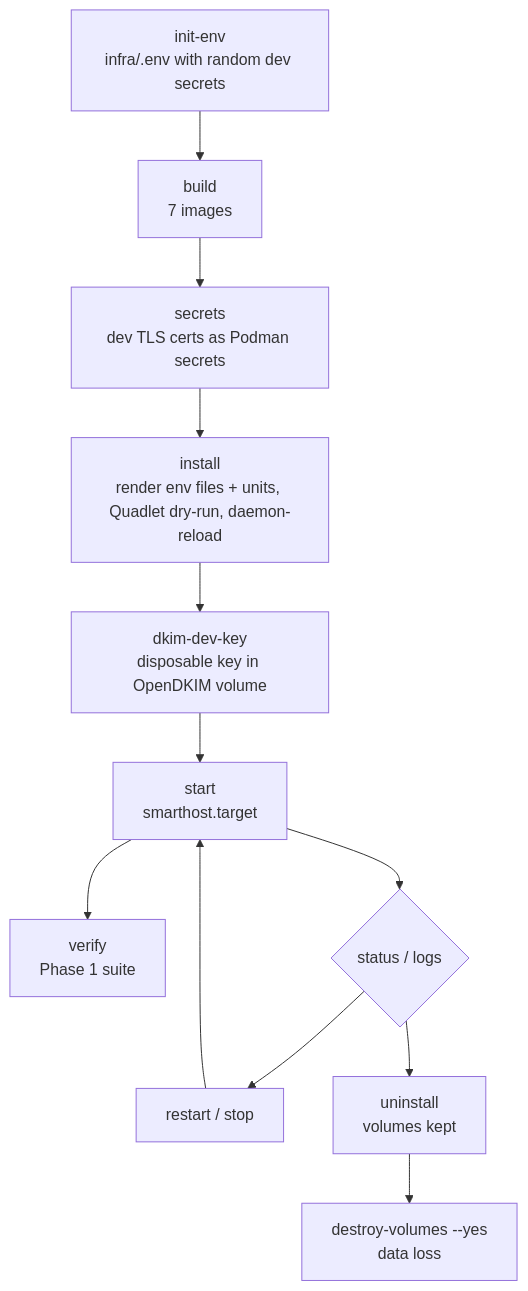
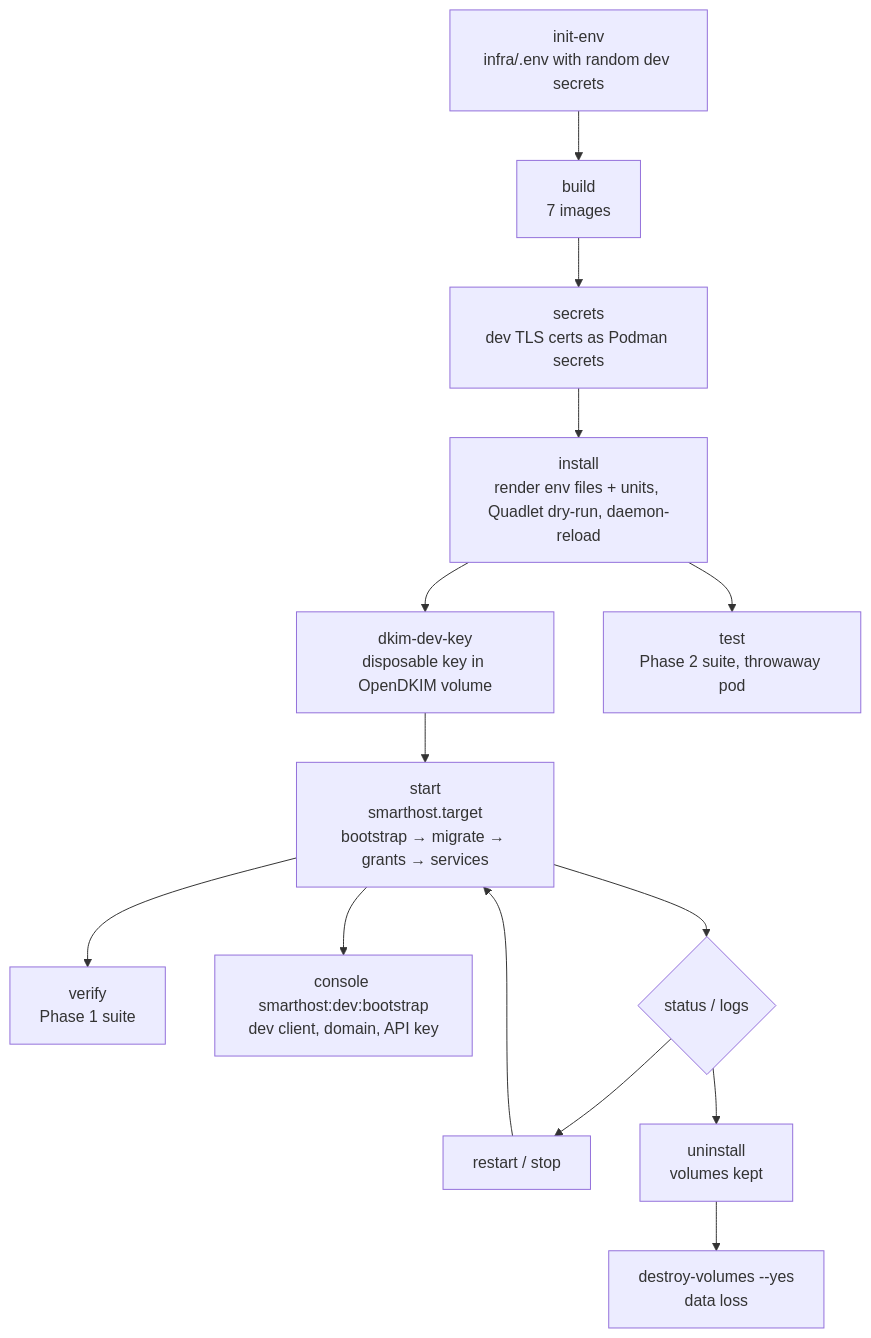
Before and after one commit to rrcatto/catto-mail: the diagram in docs/development-environment.md, drawn with Mermaid. The commit also changed other lines of this file and 221 other files, not shown here.

````diff
--- a/docs/development-environment.md
+++ b/docs/development-environment.md
@@ -29,14 +30,16 @@
 ```mermaid
 flowchart TD
     A[init-env<br/>infra/.env with random dev secrets] --> B[build<br/>7 images]
     B --> C[secrets<br/>dev TLS certs as Podman secrets]
     C --> D[install<br/>render env files + units, Quadlet dry-run, daemon-reload]
     D --> E[dkim-dev-key<br/>disposable key in OpenDKIM volume]
-    E --> F[start<br/>smarthost.target]
+    E --> F[start<br/>smarthost.target<br/>bootstrap → migrate → grants → services]
     F --> V[verify<br/>Phase 1 suite]
+    F --> K[console smarthost:dev:bootstrap<br/>dev client, domain, API key]
+    D --> T[test<br/>Phase 2 suite, throwaway pod]
     F --> G{status / logs}
     G --> H[restart / stop]
     H --> F
     G --> I[uninstall<br/>volumes kept]
     I --> J[destroy-volumes --yes<br/>data loss]
 ```
````
